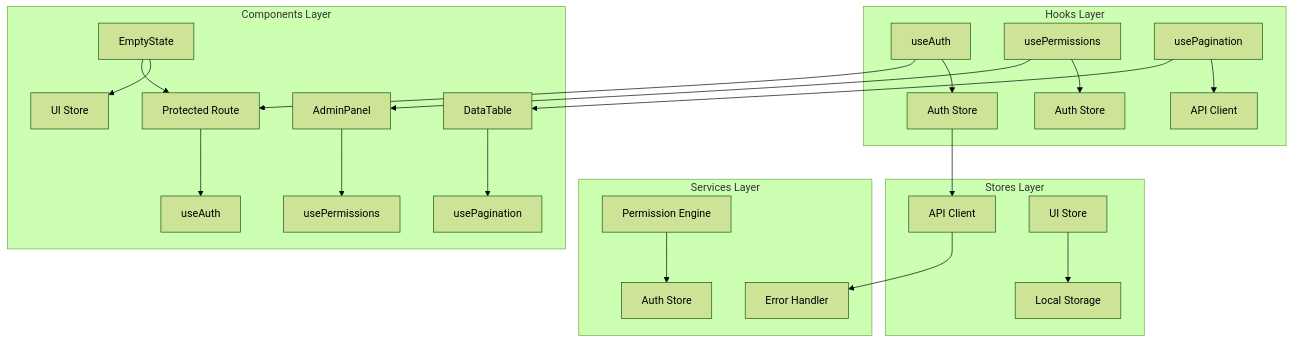
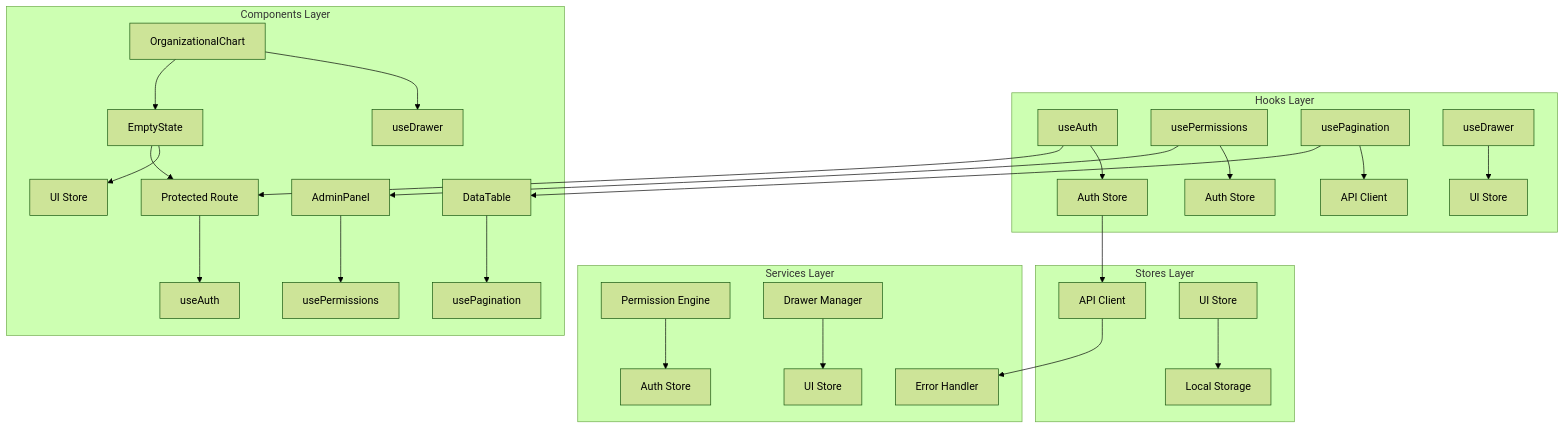
One commit to franckylab/eLISAschool changed diagram 11 of 11 in .qoder/repowiki/en/content/System Architecture/Frontend Architecture/Component Architecture/Component Patterns & Best Practices.md. Above: the diagram before and after it, drawn with Mermaid (forest theme). The commit also changed other lines of this file and 6 other files, not shown here.

````diff
--- a/.qoder/repowiki/en/content/System Architecture/Frontend Architecture/Component Architecture/Component Patterns & Best Practices.md
+++ b/.qoder/repowiki/en/content/System Architecture/Frontend Architecture/Component Architecture/Component Patterns & Best Practices.md
@@ -359,26 +437,30 @@
 ```mermaid
 graph TB
 subgraph "Hooks Layer"
 A[useAuth] --> B[Auth Store]
 C[usePermissions] --> D[Auth Store]
 E[usePagination] --> F[API Client]
+G[useDrawer] --> H[UI Store]
 end
 subgraph "Stores Layer"
-B[Auth Store] --> G[API Client]
-H[UI Store] --> I[Local Storage]
+B[Auth Store] --> I[API Client]
+J[UI Store] --> K[Local Storage]
 end
 subgraph "Services Layer"
-G[API Client] --> J[Error Handler]
-K[Permission Engine] --> L[Auth Store]
+I[API Client] --> L[Error Handler]
+M[Permission Engine] --> N[Auth Store]
+O[Drawer Manager] --> P[UI Store]
 end
 subgraph "Components Layer"
-M[Protected Route] --> N[useAuth]
-O[DataTable] --> P[usePagination]
-Q[AdminPanel] --> R[usePermissions]
-S[EmptyState] --> T[UI Store]
+Q[Protected Route] --> R[useAuth]
+S[DataTable] --> T[usePagination]
+U[AdminPanel] --> V[usePermissions]
+W[EmptyState] --> X[UI Store]
+Y[OrganizationalChart] --> Z[useDrawer]
 end
-A --> M
-C --> Q
-E --> O
-S --> M
+A --> Q
+C --> U
+E --> S
+W --> Q
+Y --> W
 ```
````
